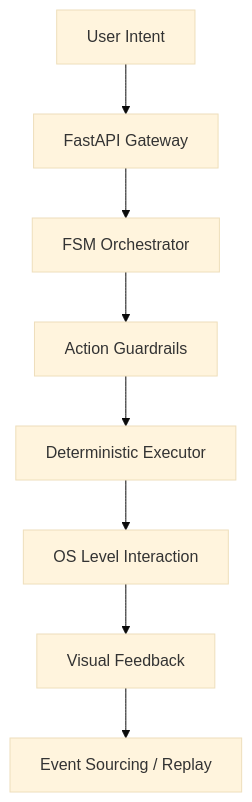
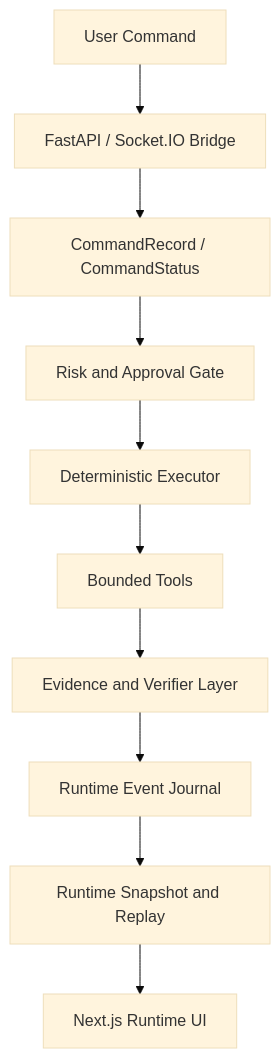
One commit to WexyS/Aegis changed the diagram in README.md. Above: the diagram before and after it, drawn with Mermaid (base theme). The commit also changed other lines of this file and 1 other file, not shown here.

````diff
--- a/README.md
+++ b/README.md
@@ -35,10 +38,12 @@
 ```mermaid
 graph TD
-    User[User Intent] --> Gateway[FastAPI Gateway]
-    Gateway --> Orchestrator[FSM Orchestrator]
-    Orchestrator --> Guard[Action Guardrails]
+    User[User Command] --> API[FastAPI / Socket.IO Bridge]
+    API --> Command[CommandRecord / CommandStatus]
+    Command --> Guard[Risk and Approval Gate]
     Guard --> Executor[Deterministic Executor]
-    Executor --> OS[OS Level Interaction]
-    OS --> Feedback[Visual Feedback]
-    Feedback --> Logger[Event Sourcing / Replay]
+    Executor --> Tools[Bounded Tools]
+    Tools --> Verifier[Evidence and Verifier Layer]
+    Verifier --> Journal[Runtime Event Journal]
+    Journal --> Snapshot[Runtime Snapshot and Replay]
+    Snapshot --> UI[Next.js Runtime UI]
 ```
````
